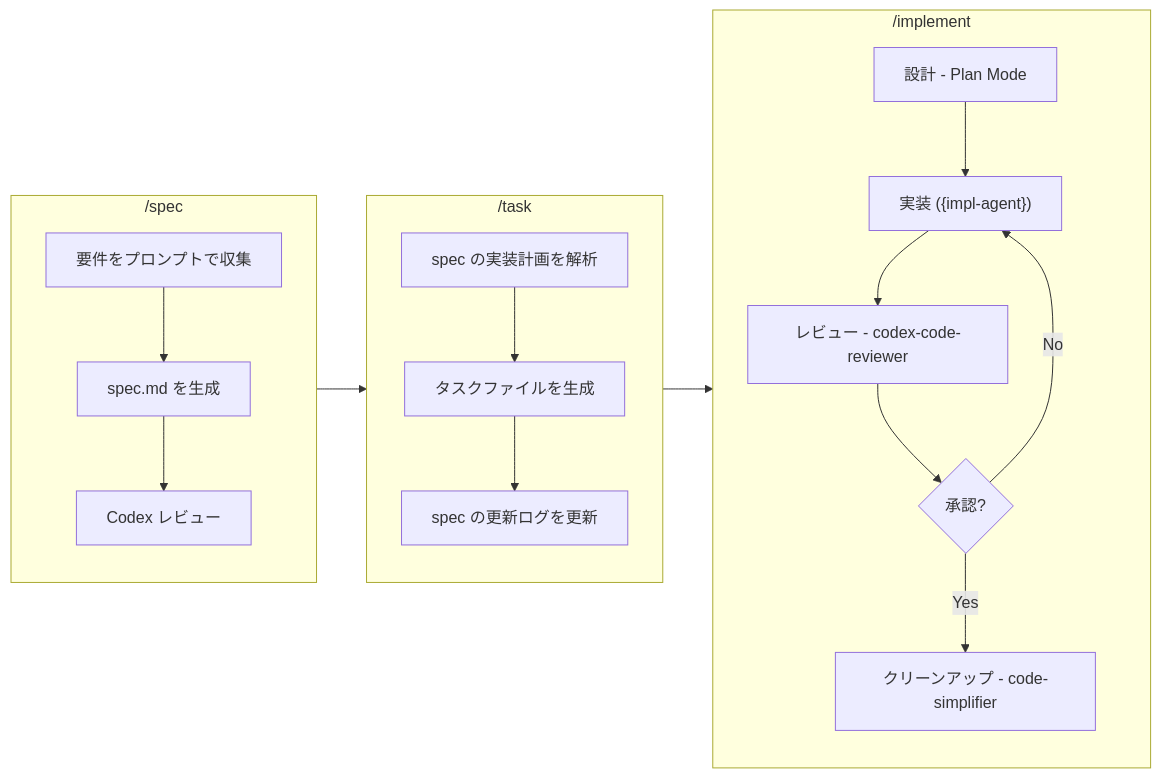
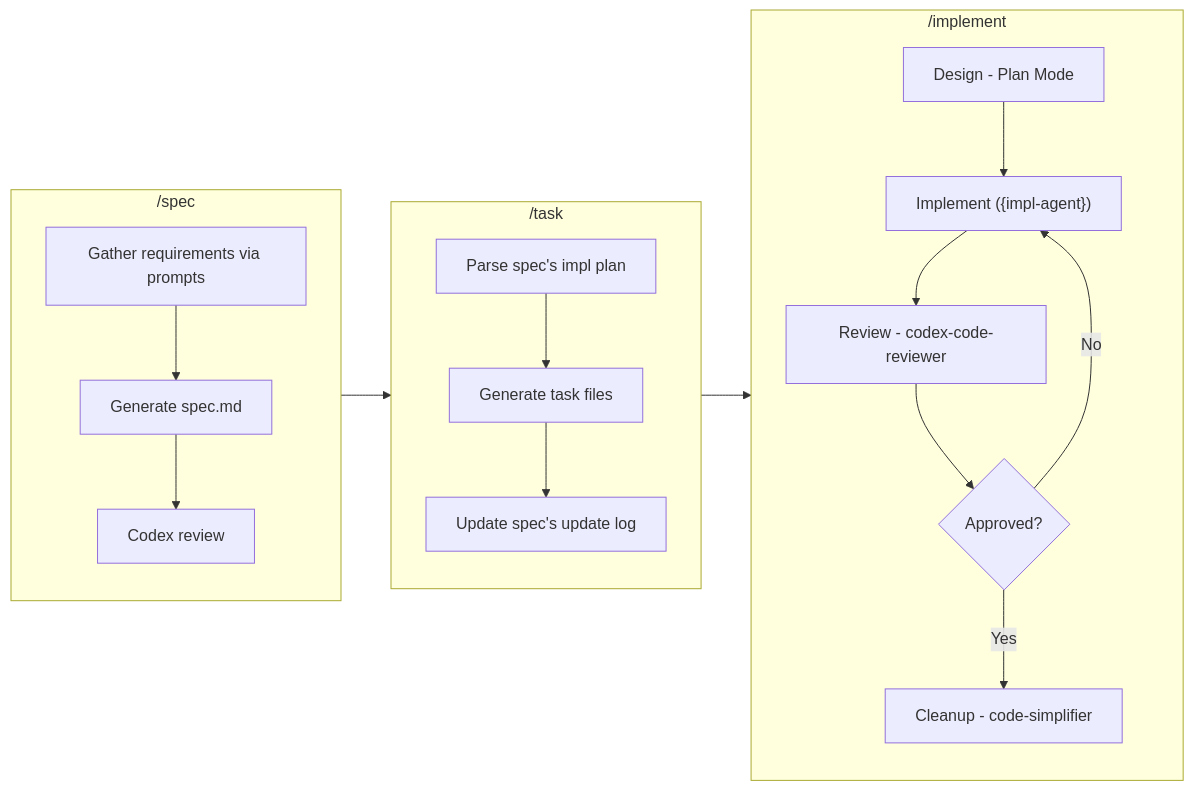
The diagram in README.md (adachi-440/claude-code-template), drawn with Mermaid before and after one commit. The commit also changed other lines of this file and 8 other files, not shown here.

````diff
--- a/README.md
+++ b/README.md
@@ -37,22 +37,22 @@
 ```mermaid
 flowchart LR
     subgraph spec["/spec"]
-        S1[要件をプロンプトで収集] --> S2[spec.md を生成]
-        S2 --> S3[Codex レビュー]
+        S1[Gather requirements via prompts] --> S2[Generate spec.md]
+        S2 --> S3[Codex review]
     end
 
     subgraph task["/task"]
-        T1[spec の実装計画を解析] --> T2[タスクファイルを生成]
-        T2 --> T3[spec の更新ログを更新]
+        T1[Parse spec's impl plan] --> T2[Generate task files]
+        T2 --> T3[Update spec's update log]
     end
 
     subgraph implement["/implement"]
-        I1[設計 - Plan Mode] --> I2["実装 ({impl-agent})"]
-        I2 --> I3[レビュー - codex-code-reviewer]
-        I3 --> I4{承認?}
+        I1[Design - Plan Mode] --> I2["Implement ({impl-agent})"]
+        I2 --> I3[Review - codex-code-reviewer]
+        I3 --> I4{Approved?}
         I4 -- No --> I2
-        I4 -- Yes --> I5[クリーンアップ - code-simplifier]
+        I4 -- Yes --> I5[Cleanup - code-simplifier]
     end
 
     spec --> task --> implement
 ```
````
